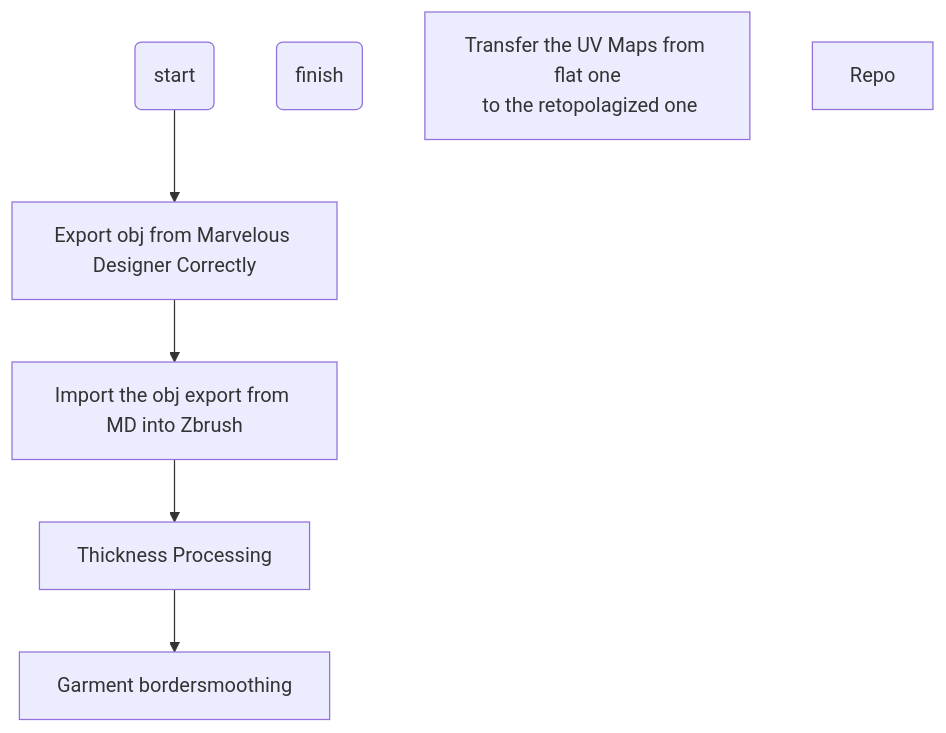
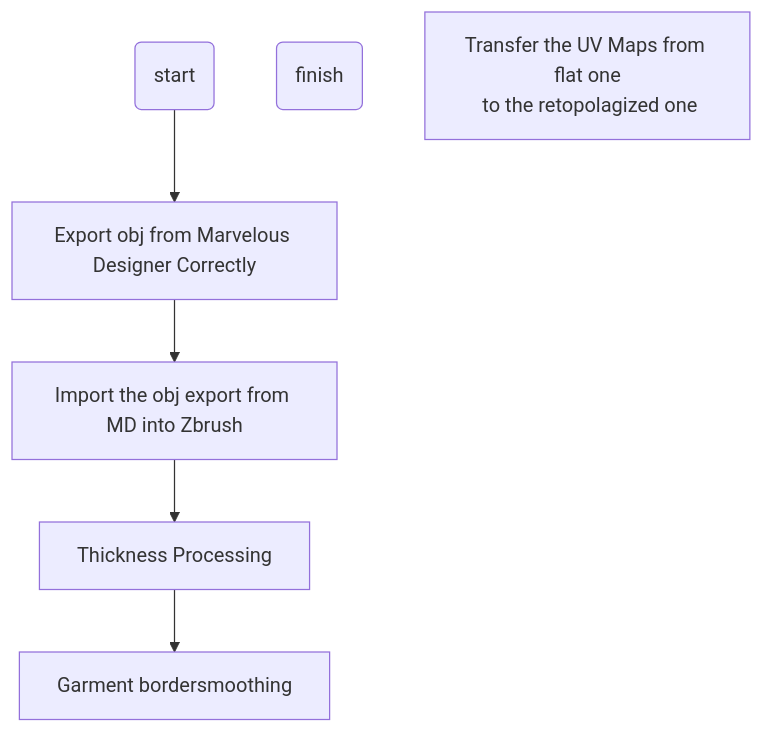
The diagram in Zbrush.md (Navix647/Unreal_World), drawn with Mermaid before and after one commit. The commit also changed other lines of this file, not shown here.

````diff
--- a/Zbrush.md
+++ b/Zbrush.md
@@ -4,14 +4,14 @@
 ```mermaid
 flowchart
 	st(start)
 	mdexport[Export obj from Marvelous Designer Correctly]
 	zbimport[Import the obj export from MD into Zbrush]
 	ed(finish)
 	uvtransfer[Transfer the UV Maps from flat one\n to the retopolagized one]
 	thickness[Thickness Processing]
 	bordersmooth[Garment bordersmoothing]
 	st-->mdexport-->zbimport-->thickness-->bordersmooth
 	
 
-Repo
+
 ```
````
